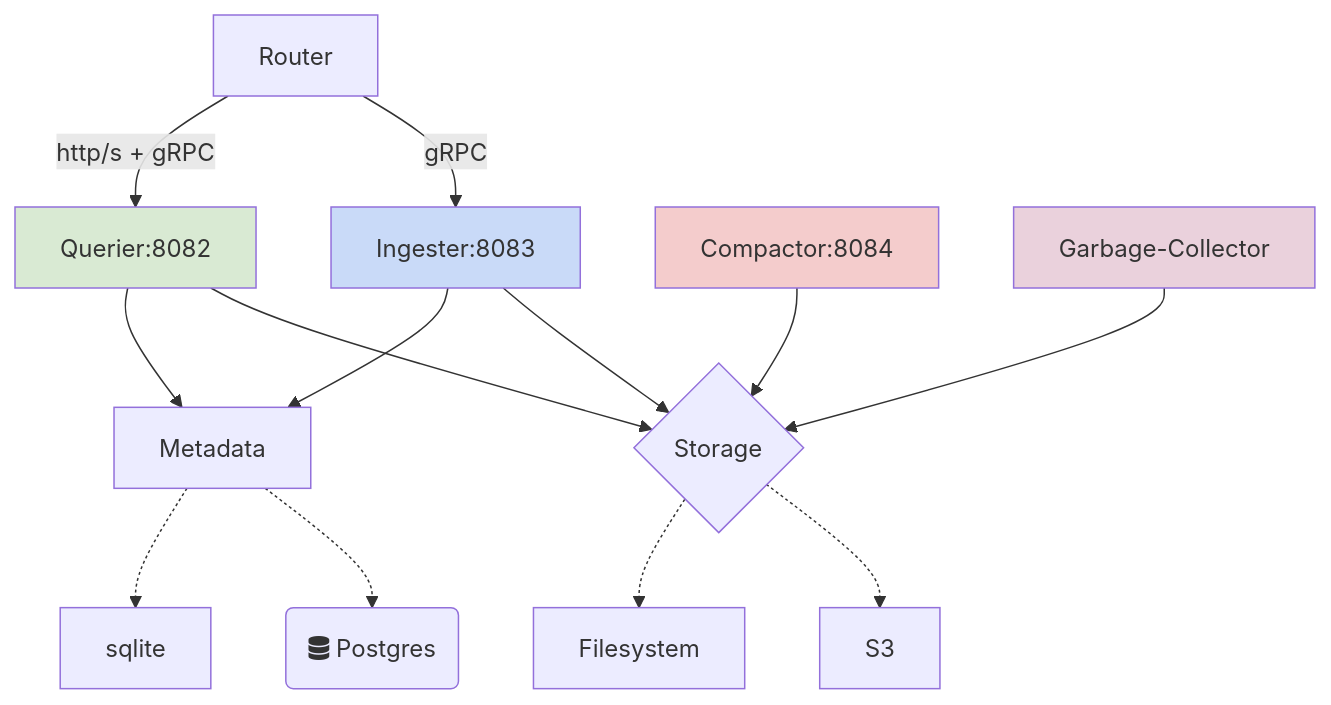
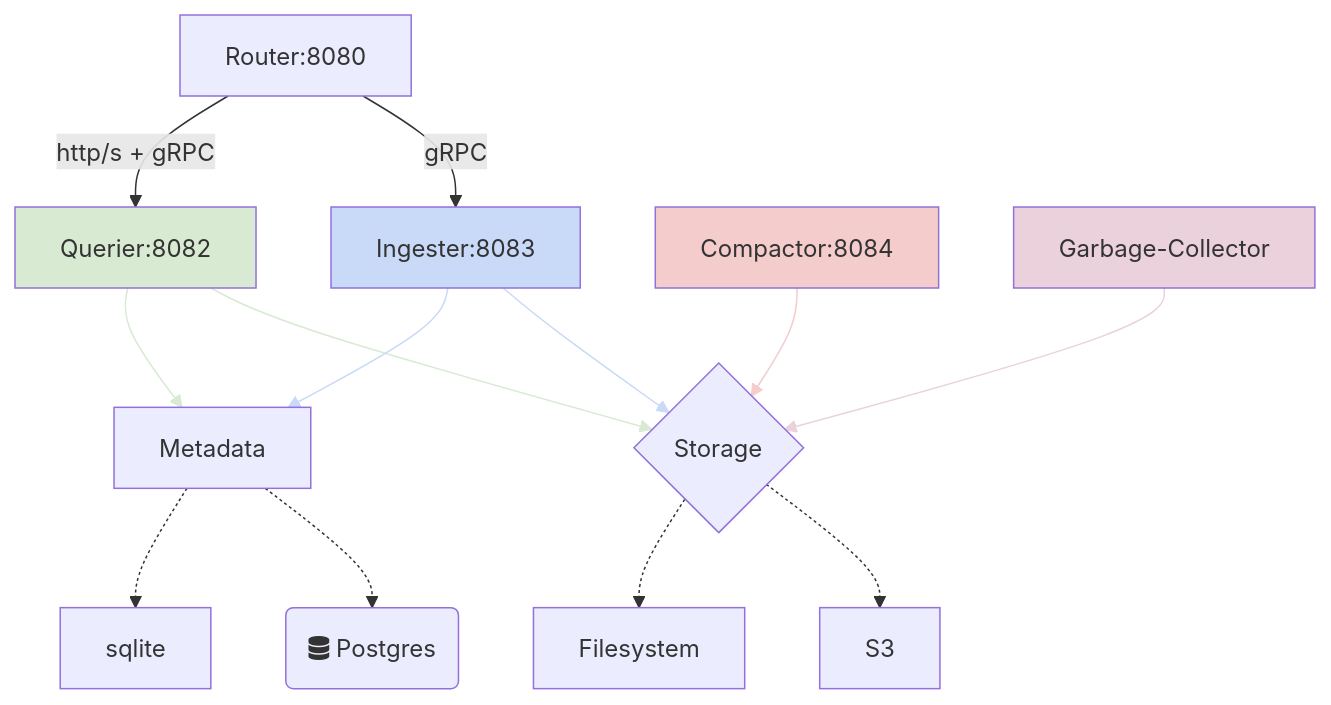
One commit to metrico/influxdb3-community changed the diagram in README.md. Above: the diagram before and after it, drawn with Mermaid.

````diff
--- a/README.md
+++ b/README.md
@@ -23,21 +23,31 @@
 ```mermaid
   graph TD;
-      Router-- gRPC -->Ingester:8083;
-      Router-- http/s + gRPC -->Querier:8082;
+      Router:8080-- gRPC -->Ingester:8083;
+      Router:8080-- http/s + gRPC -->Querier:8082;
       Ingester:8083-->Storage;
       Querier:8082-->Storage;
       Compactor:8084-->Storage{Storage};
       Ingester:8083-->Metadata;
       Querier:8082-->Metadata;
       Metadata-.->Postgres(fa:fa-database Postgres);
       Metadata-.->sqlite;
       Garbage-Collector-->Storage;
       Storage-.->S3;
       Storage-.->Filesystem;
 
    style Querier:8082 fill:#d9ead3ff
    style Ingester:8083 fill:#c9daf8ff
    style Compactor:8084 fill:#f4ccccff
    style Garbage-Collector fill:#ead1dcff
 
+   linkStyle 2 stroke: #c9daf8ff
+   linkStyle 3 stroke: #d9ead3ff
+   linkStyle 4 stroke: #f4ccccff
+   linkStyle 5 stroke: #c9daf8ff
+   linkStyle 6 stroke: #d9ead3ff
+   linkStyle 9 stroke: #ead1dcff
+
+
+
+
 ```
````
